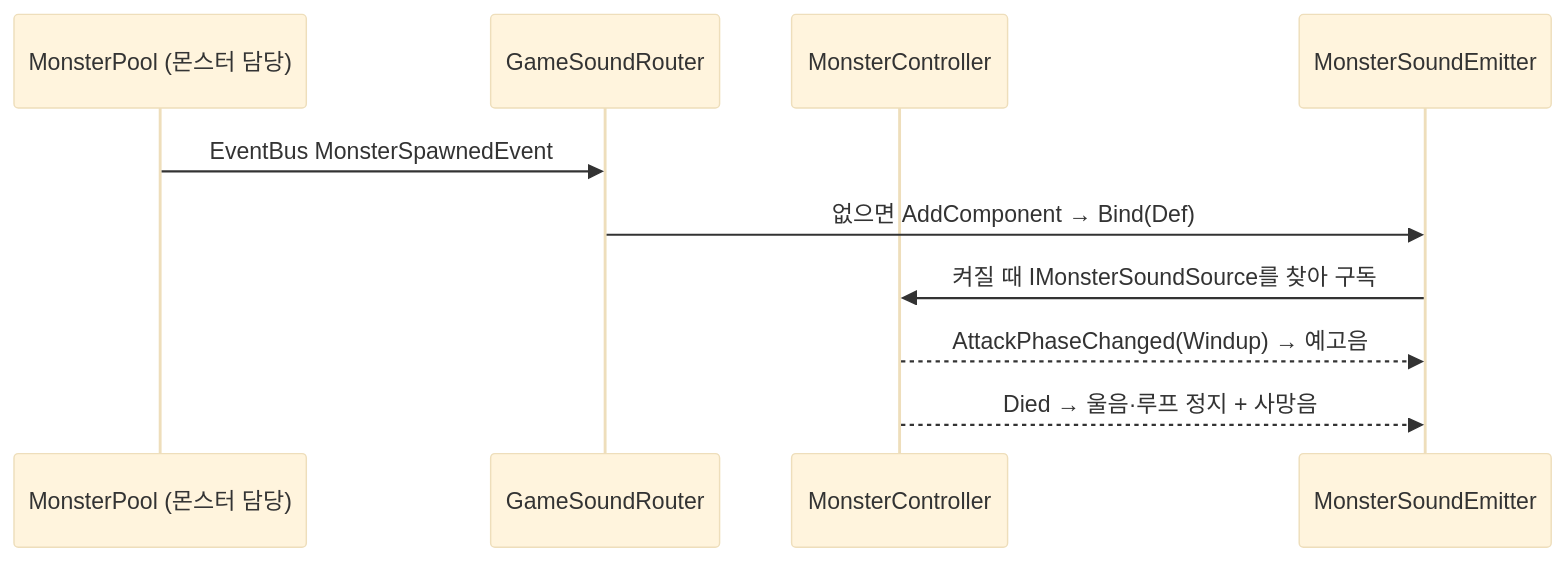
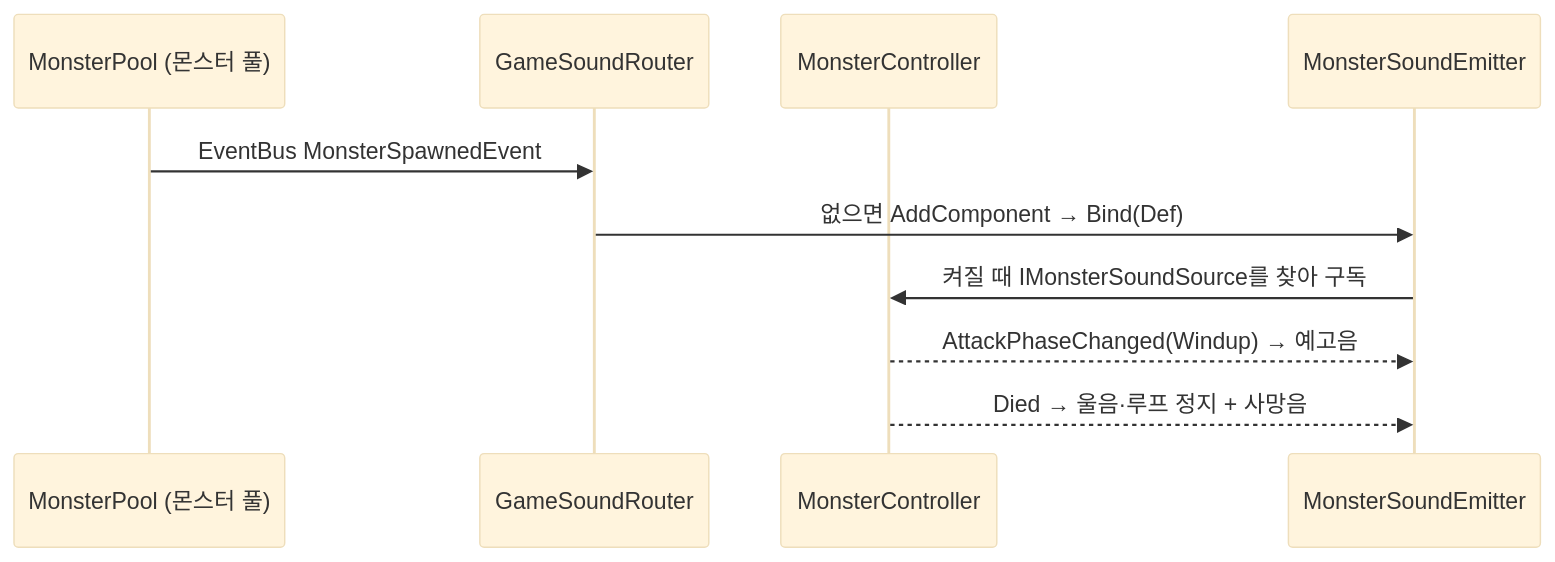
One commit to pinkshield/portfolio changed the seventh of 7 diagrams in src/4-team-even/기술문서.md. Above: the diagram before and after it, drawn with Mermaid (base theme). The commit also changed other lines of this file and 3 other files, not shown here.

````diff
--- a/src/4-team-even/기술문서.md
+++ b/src/4-team-even/기술문서.md
@@ -349,12 +341,12 @@
 ```mermaid
 sequenceDiagram
-    participant MF as MonsterPool (몬스터 담당)
+    participant MP as MonsterPool (몬스터 풀)
     participant R as GameSoundRouter
     participant M as MonsterController
     participant E as MonsterSoundEmitter
-    MF->>R: EventBus MonsterSpawnedEvent
+    MP->>R: EventBus MonsterSpawnedEvent
     R->>E: 없으면 AddComponent → Bind(Def)
     E->>M: 켜질 때 IMonsterSoundSource를 찾아 구독
     M-->>E: AttackPhaseChanged(Windup) → 예고음
     M-->>E: Died → 울음·루프 정지 + 사망음
 ```
````
